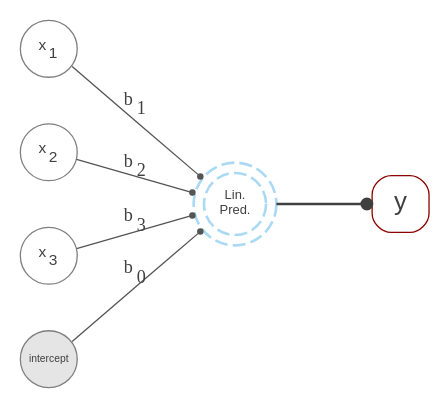
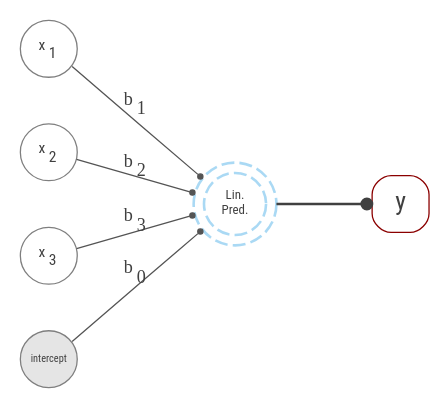
The diagram in img/graphical_lm.dot (m-clark/book-of-models), drawn with Graphviz before and after one commit. The commit also changed 42 other files, not shown here.

```diff
--- a/img/graphical_lm.dot
+++ b/img/graphical_lm.dot
@@ -1,25 +1,25 @@
 digraph DAG {
 
     graph [rankdir = LR bgcolor=transparent]
 
-    node [shape = square, fontcolor=gray25 color=gray80]
+    node [shape = square, fontcolor=gray25 color=gray80 fontname="Roboto Condensed"]
 
-    node [fontname="Helvetica" fontsize=6 fixedsize=true width=.3 shape=circle color=gray50 penwidth=.5]
+    node [fontsize=6 fixedsize=true width=.3 shape=circle color=gray50 penwidth=.5]
     x1 [label=<x<sub>1</sub>>]; x2 [label=<x<sub>2</sub>>]; x3 [label=<x<sub>3</sub>>]; 
 
     node [fillcolor=gray90 style=filled fixedsize=true width=.4]
     lp [label = "Lin.\nPred." width=.33 color = "#56B4E980" shape=doublecircle style=dashed penwidth=1 fontsize = 5];
     
     node [fillcolor=gray90 style=filled fixedsize=true width=.4 penwidth=.5]
     b0[label=intercept width=.3 fontsize=4];
 
     y [fixedsize=True fontsize =10 width=.3 color=darkred shape=square style=rounded];
 
     edge [color=gray50 style=filled arrowsize=.5 fontsize = 5 fontcolor=gray25]
     x1 -> lp [label=<b<sub>1</sub>> arrowhead="dot" arrowsize=0.25 minlen=1 fontsize=7 color=gray33 penwidth=.5]; 
     x2 -> lp [label=<b<sub>2</sub>> arrowhead="dot" arrowsize=0.25 minlen=1 fontsize=7 color=gray33 penwidth=.5]; 
     x3 -> lp [label=<b<sub>3</sub>> arrowhead="dot" arrowsize=0.25 minlen=1 fontsize=7 color=gray33 penwidth=.5];
     b0 -> lp [label=<b<sub>0</sub>> arrowhead="dot" arrowsize=0.25 minlen=1 fontsize=7 color=gray33 penwidth=.5];
 
     lp  -> y [label="" arrowhead="dot" arrowsize=0.5 minlen=1 color=gray25 penwidth=1];
 }
```
